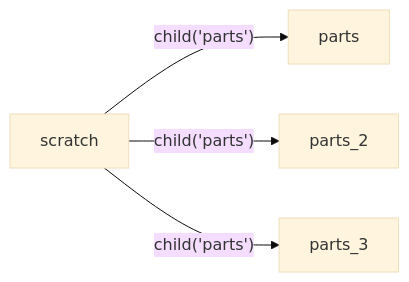
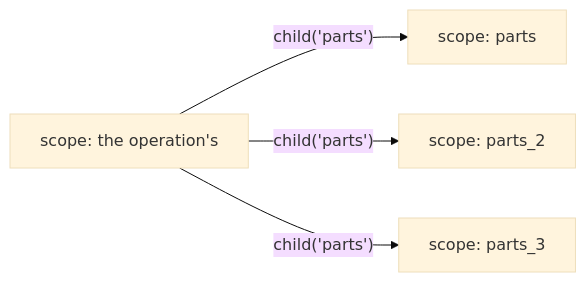
The fourth of 4 diagrams in docs/user_guide/scratch.md (kartverket/automatisk-generalisering), drawn with Mermaid (base theme) before and after one commit. The commit also changed other lines of this file and 3 other files, not shown here.

Commit message:
Scratch guide: scope nodes named as scopes and break-once

````diff
--- a/docs/user_guide/scratch.md
+++ b/docs/user_guide/scratch.md
@@ -753,6 +769,6 @@
 ```mermaid
 flowchart LR
-    scope["scratch"] -->|"child('parts')"| p1["parts"]
-    scope -->|"child('parts')"| p2["parts_2"]
-    scope -->|"child('parts')"| p3["parts_3"]
+    scope["scope: the operation's"] -->|"child('parts')"| p1["scope: parts"]
+    scope -->|"child('parts')"| p2["scope: parts_2"]
+    scope -->|"child('parts')"| p3["scope: parts_3"]
 ```
````
